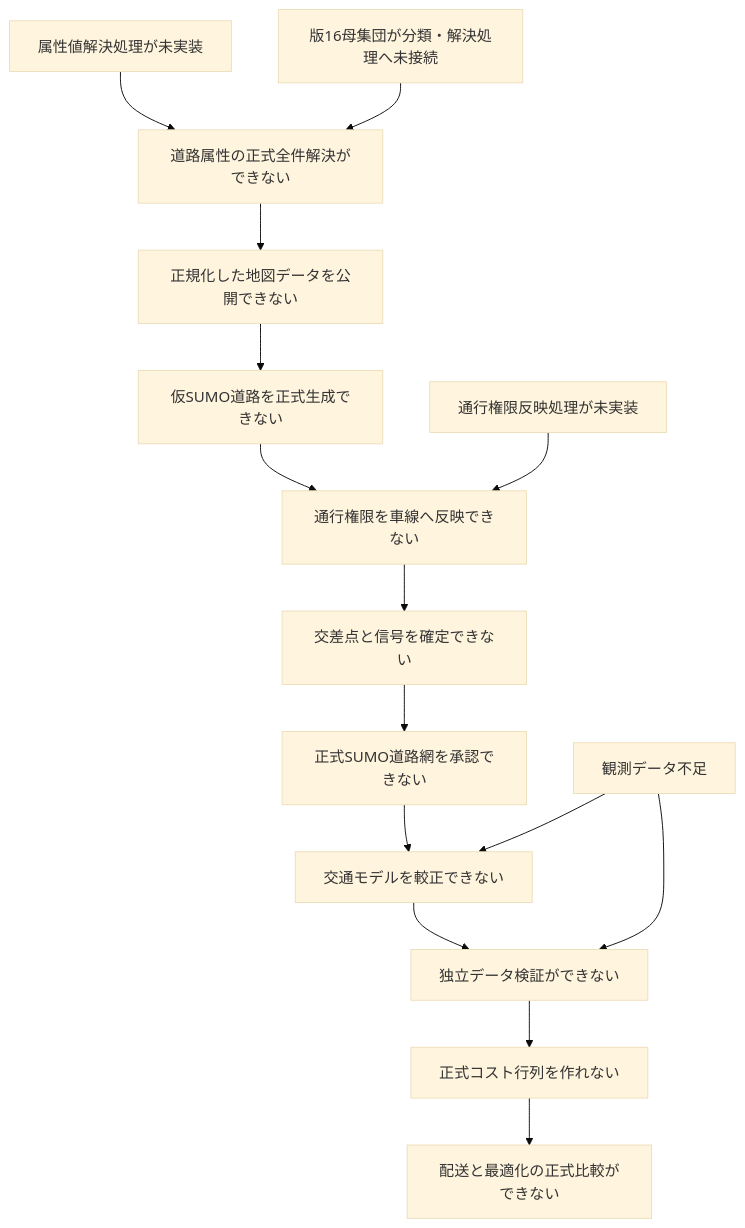
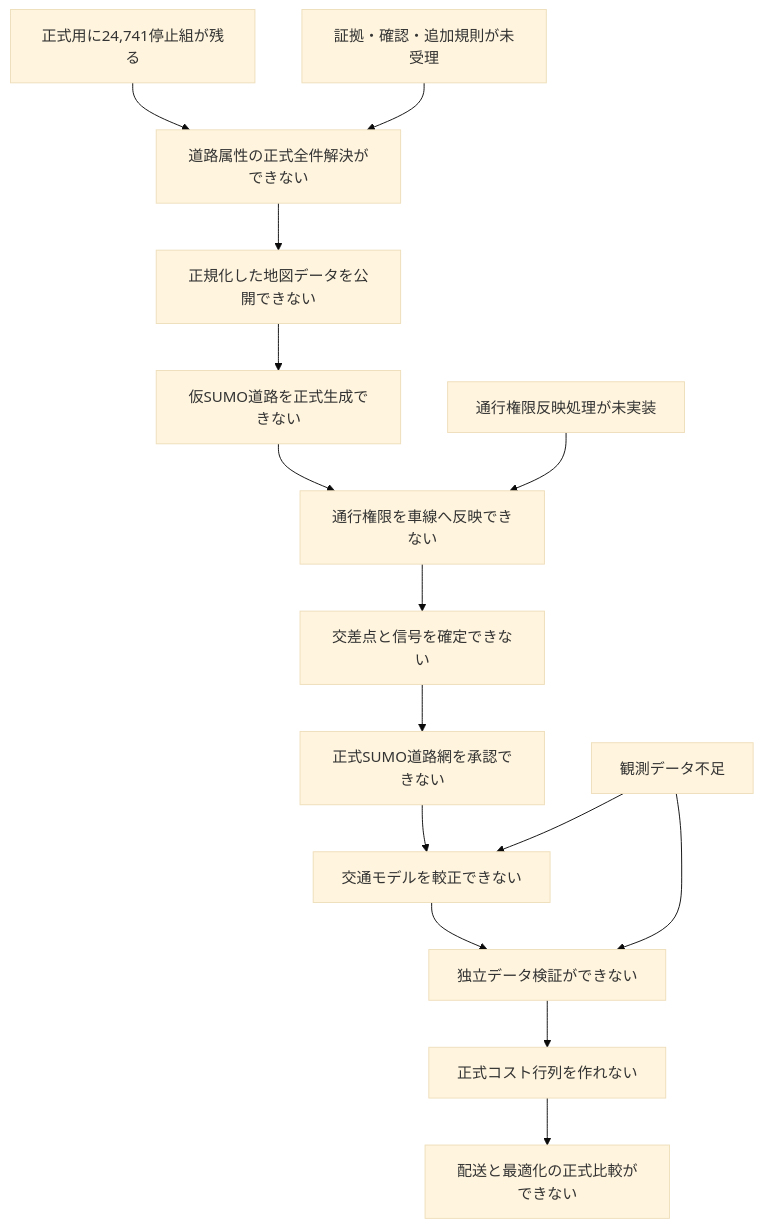
The diagram in 05_src/traffic_simulation/current_issues_and_blockers.md (tkm-sano/kmd-analysis), drawn with Mermaid (base theme) before and after one commit. The commit also changed other lines of this file and 20 other files, not shown here.

````diff
--- a/05_src/traffic_simulation/current_issues_and_blockers.md
+++ b/05_src/traffic_simulation/current_issues_and_blockers.md
@@ -95,18 +95,18 @@
 ```mermaid
 graph TD
-    A[属性値解決処理が未実装] --> B[道路属性の正式全件解決ができない]
-    V[版16母集団が分類・解決処理へ未接続] --> B
+    A[正式用に24,741停止組が残る] --> B[道路属性の正式全件解決ができない]
+    V[証拠・確認・追加規則が未受理] --> B
     B --> C[正規化した地図データを公開できない]
     C --> D[仮SUMO道路を正式生成できない]
     D --> E[通行権限を車線へ反映できない]
     E --> F[交差点と信号を確定できない]
     F --> G[正式SUMO道路網を承認できない]
     G --> H[交通モデルを較正できない]
     H --> I[独立データ検証ができない]
     I --> J[正式コスト行列を作れない]
     J --> K[配送と最適化の正式比較ができない]
 
     L[観測データ不足] --> H
     L --> I
     N[通行権限反映処理が未実装] --> E
 ```
````
